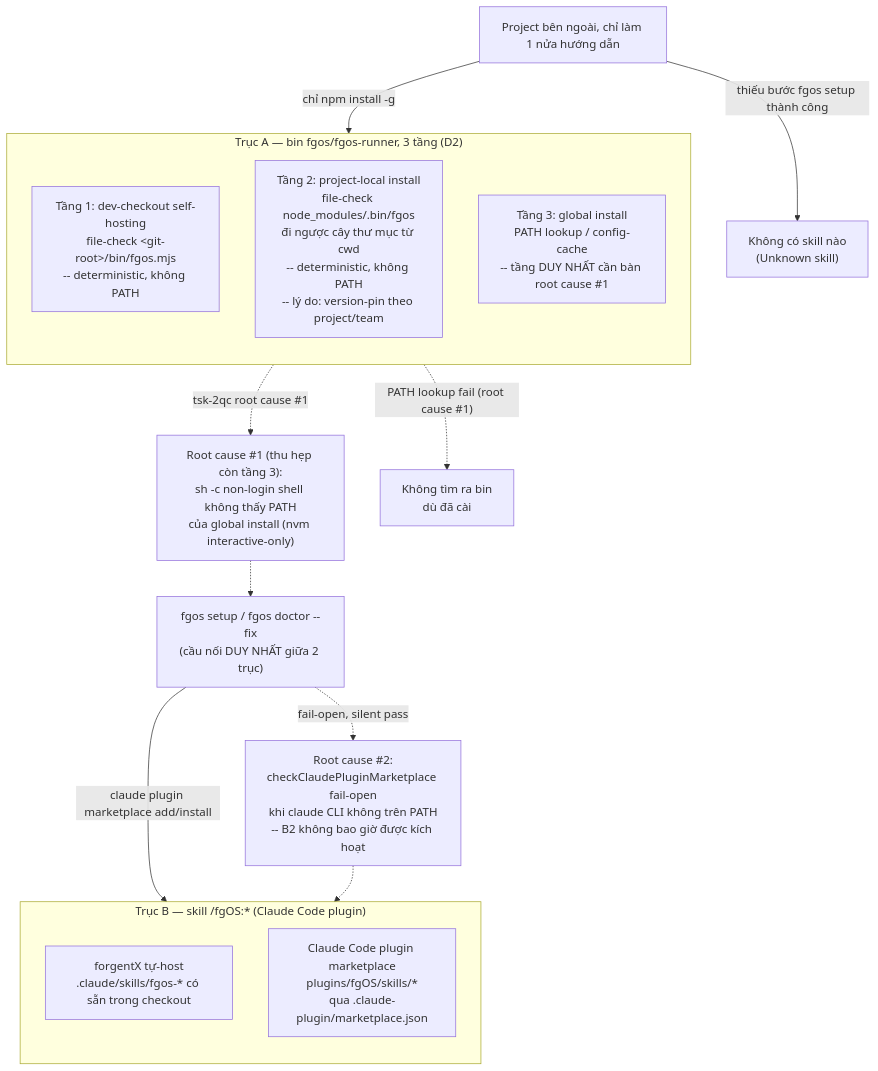
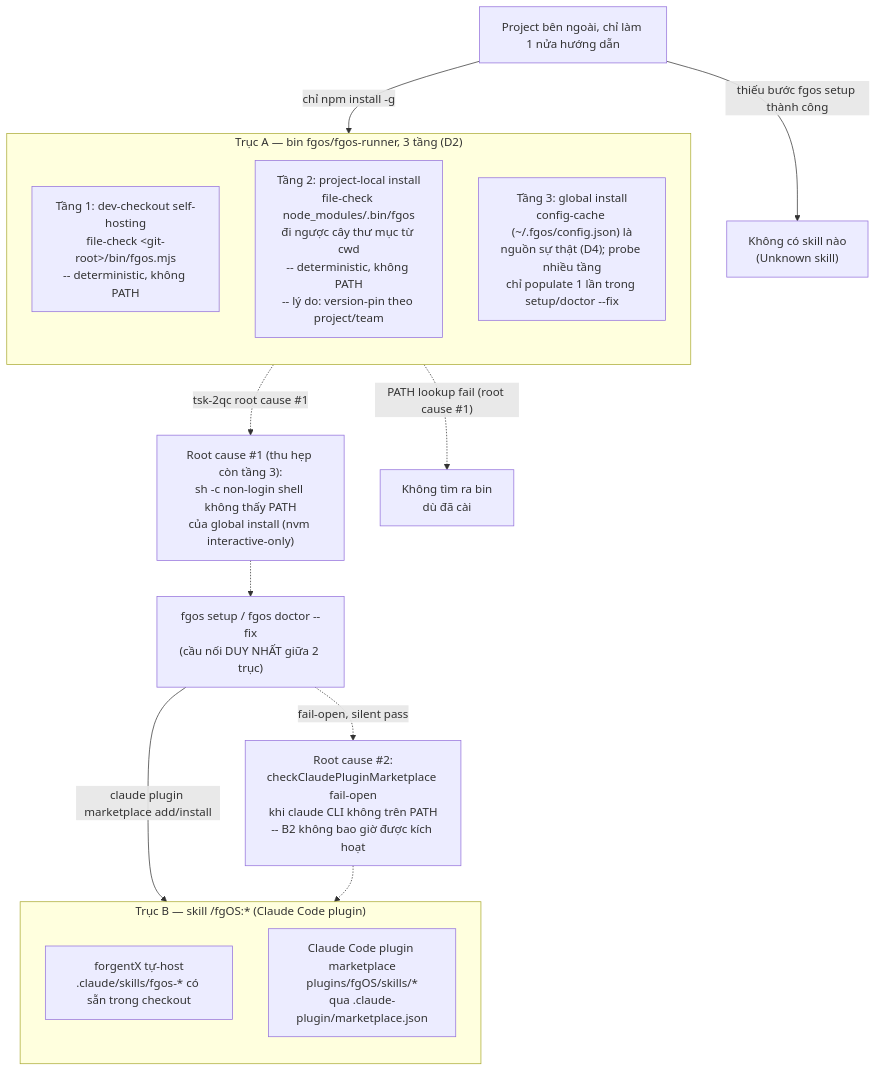
The first of 2 diagrams in docs/history/install-setup-external-project-reliability/DISCUSSION.md (vantt/forgent), drawn with Mermaid before and after one commit. The commit also changed other lines of this file, not shown here.

Commit message:
docs(tsk-2qc): lock D4 (config-cache as tier-3 source of truth)

````diff
--- a/docs/history/install-setup-external-project-reliability/DISCUSSION.md
+++ b/docs/history/install-setup-external-project-reliability/DISCUSSION.md
@@ -118,29 +125,29 @@
 ```mermaid
 flowchart TB
     subgraph BinAxis["Trục A — bin fgos/fgos-runner, 3 tầng (D2)"]
         direction TB
         A1["Tầng 1: dev-checkout self-hosting<br/>file-check &lt;git-root&gt;/bin/fgos.mjs<br/>-- deterministic, không PATH"]
         A2["Tầng 2: project-local install<br/>file-check node_modules/.bin/fgos<br/>đi ngược cây thư mục từ cwd<br/>-- deterministic, không PATH<br/>-- lý do: version-pin theo project/team"]
-        A3["Tầng 3: global install<br/>PATH lookup / config-cache<br/>-- tầng DUY NHẤT cần bàn root cause #1"]
+        A3["Tầng 3: global install<br/>config-cache (~/.fgos/config.json) là<br/>nguồn sự thật (D4); probe nhiều tầng<br/>chỉ populate 1 lần trong setup/doctor --fix"]
     end
 
     subgraph SkillAxis["Trục B — skill /fgOS:* (Claude Code plugin)"]
         direction TB
         B1["forgentX tự-host<br/>.claude/skills/fgos-* có sẵn trong checkout"]
         B2["Claude Code plugin marketplace<br/>plugins/fgOS/skills/*<br/>qua .claude-plugin/marketplace.json"]
     end
 
     Bridge["fgos setup / fgos doctor --fix<br/>(cầu nối DUY NHẤT giữa 2 trục)"]
     RC1["Root cause #1 (thu hẹp còn tầng 3):<br/>sh -c non-login shell không thấy PATH<br/>của global install (nvm interactive-only)"]
     RC2["Root cause #2:<br/>checkClaudePluginMarketplace fail-open<br/>khi claude CLI không trên PATH<br/>-- B2 không bao giờ được kích hoạt"]
 
     A3 -.->|"tsk-2qc root cause #1"| RC1
     RC1 -.-> Bridge
     Bridge -->|"claude plugin marketplace add/install"| B2
     Bridge -.->|"fail-open, silent pass"| RC2
     RC2 -.-> B2
 
     ProjectNgoai["Project bên ngoài, chỉ làm 1 nửa hướng dẫn"] -->|"chỉ npm install -g"| A3
     ProjectNgoai -->|"thiếu bước fgos setup thành công"| SkillMissing["Không có skill nào<br/>(Unknown skill)"]
     A3 -.->|"PATH lookup fail (root cause #1)"| BinMissing["Không tìm ra bin<br/>dù đã cài"]
 ```
````
